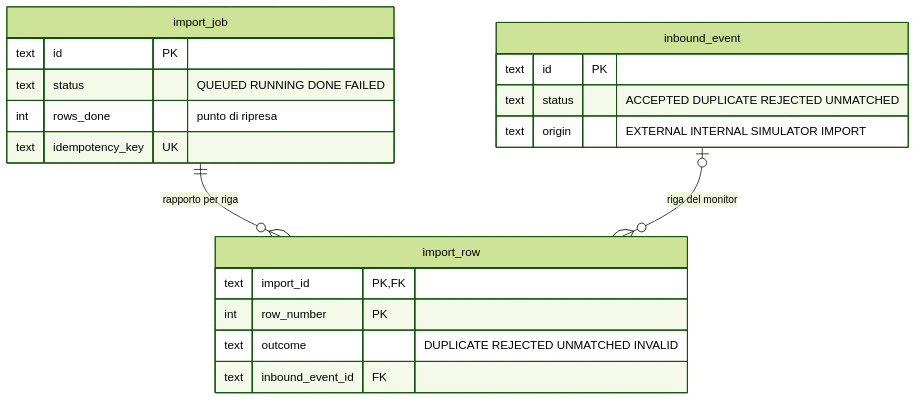
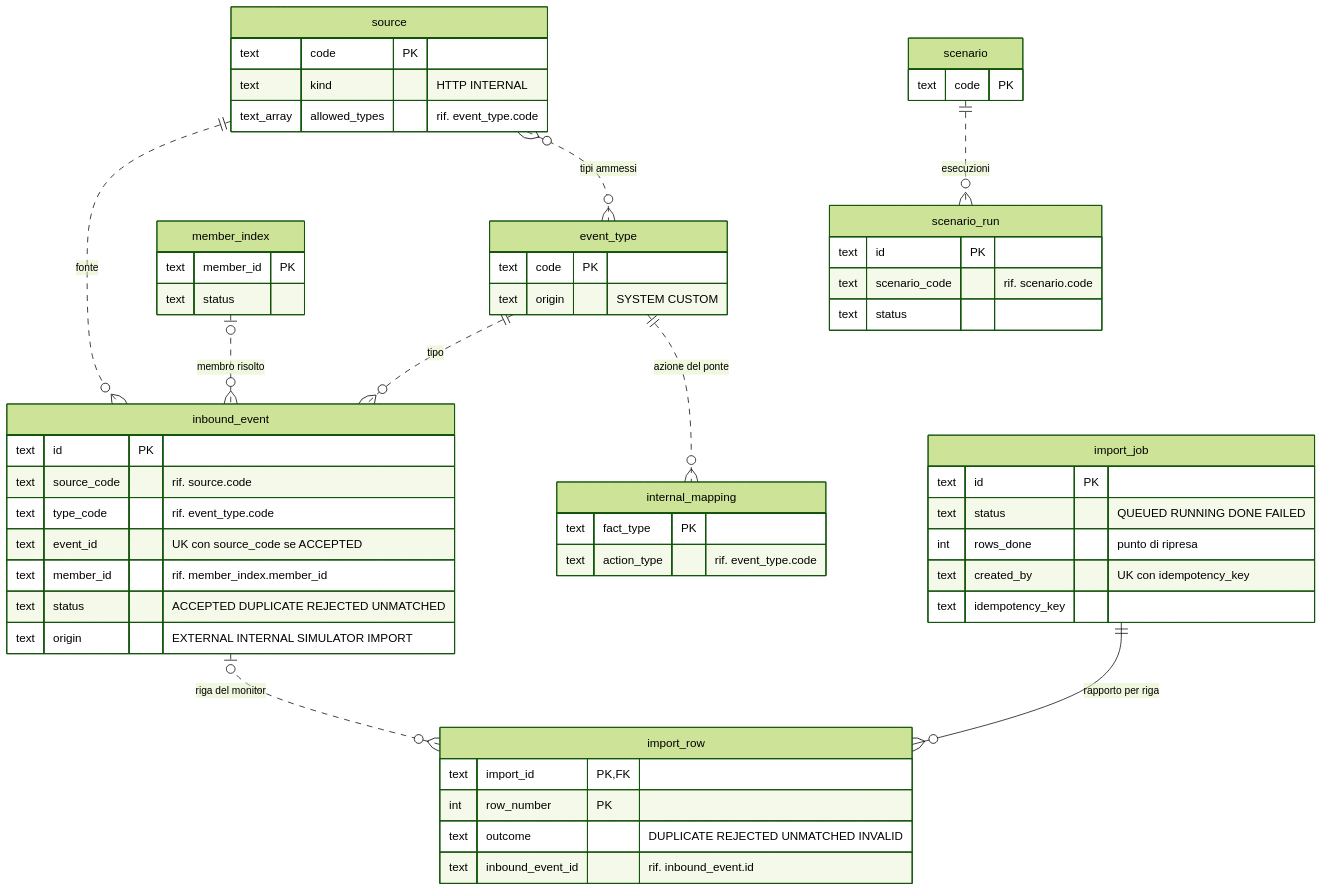
Before and after one commit to peppe-ruv/Loyalty_Sys: the first of 3 diagrams in docs/servizi/ingestion-service.md, drawn with Mermaid (forest theme). The commit also changed other lines of this file and 28 other files, not shown here.

````diff
--- a/docs/servizi/ingestion-service.md
+++ b/docs/servizi/ingestion-service.md
@@ -26,24 +26,60 @@
 ```mermaid
 erDiagram
-  accTitle: Tabelle dell'import file in ingestion
-  accDescr: Un lavoro di import ha molte righe di rapporto; ogni riga non accettata e leggibile punta alla riga del monitor ingressi scritta dalla pipeline, le righe non valide non hanno ingresso.
-  import_job ||--o{ import_row : "rapporto per riga"
-  inbound_event |o--o{ import_row : "riga del monitor"
+  accTitle: Tabelle dello schema ingestion
+  accDescr: Ogni ingresso cita una fonte, un tipo azione e, se risolto, un membro dell'indice; le fonti ammettono tipi, il ponte interno produce un tipo azione, le esecuzioni degli scenari citano uno scenario; un lavoro di import ha molte righe di rapporto, ognuna legata alla riga del monitor ingressi scritta dalla pipeline tranne le righe non valide.
+  source {
+    text code PK
+    text kind "HTTP INTERNAL"
+    text_array allowed_types "rif. event_type.code"
+  }
+  event_type {
+    text code PK
+    text origin "SYSTEM CUSTOM"
+  }
+  inbound_event {
+    text id PK
+    text source_code "rif. source.code"
+    text type_code "rif. event_type.code"
+    text event_id "UK con source_code se ACCEPTED"
+    text member_id "rif. member_index.member_id"
+    text status "ACCEPTED DUPLICATE REJECTED UNMATCHED"
+    text origin "EXTERNAL INTERNAL SIMULATOR IMPORT"
+  }
+  member_index {
+    text member_id PK
+    text status
+  }
+  internal_mapping {
+    text fact_type PK
+    text action_type "rif. event_type.code"
+  }
+  scenario {
+    text code PK
+  }
+  scenario_run {
+    text id PK
+    text scenario_code "rif. scenario.code"
+    text status
+  }
   import_job {
     text id PK
     text status "QUEUED RUNNING DONE FAILED"
     int rows_done "punto di ripresa"
-    text idempotency_key UK
+    text created_by "UK con idempotency_key"
+    text idempotency_key
   }
   import_row {
     text import_id PK, FK
     int row_number PK
     text outcome "DUPLICATE REJECTED UNMATCHED INVALID"
-    text inbound_event_id FK
+    text inbound_event_id "rif. inbound_event.id"
   }
-  inbound_event {
-    text id PK
-    text status "ACCEPTED DUPLICATE REJECTED UNMATCHED"
-    text origin "EXTERNAL INTERNAL SIMULATOR IMPORT"
-  }
+  source ||..o{ inbound_event : "fonte"
+  event_type ||..o{ inbound_event : "tipo"
+  member_index |o..o{ inbound_event : "membro risolto"
+  source }o..o{ event_type : "tipi ammessi"
+  event_type ||..o{ internal_mapping : "azione del ponte"
+  scenario ||..o{ scenario_run : "esecuzioni"
+  import_job ||--o{ import_row : "rapporto per riga"
+  inbound_event |o..o{ import_row : "riga del monitor"
 ```
````
